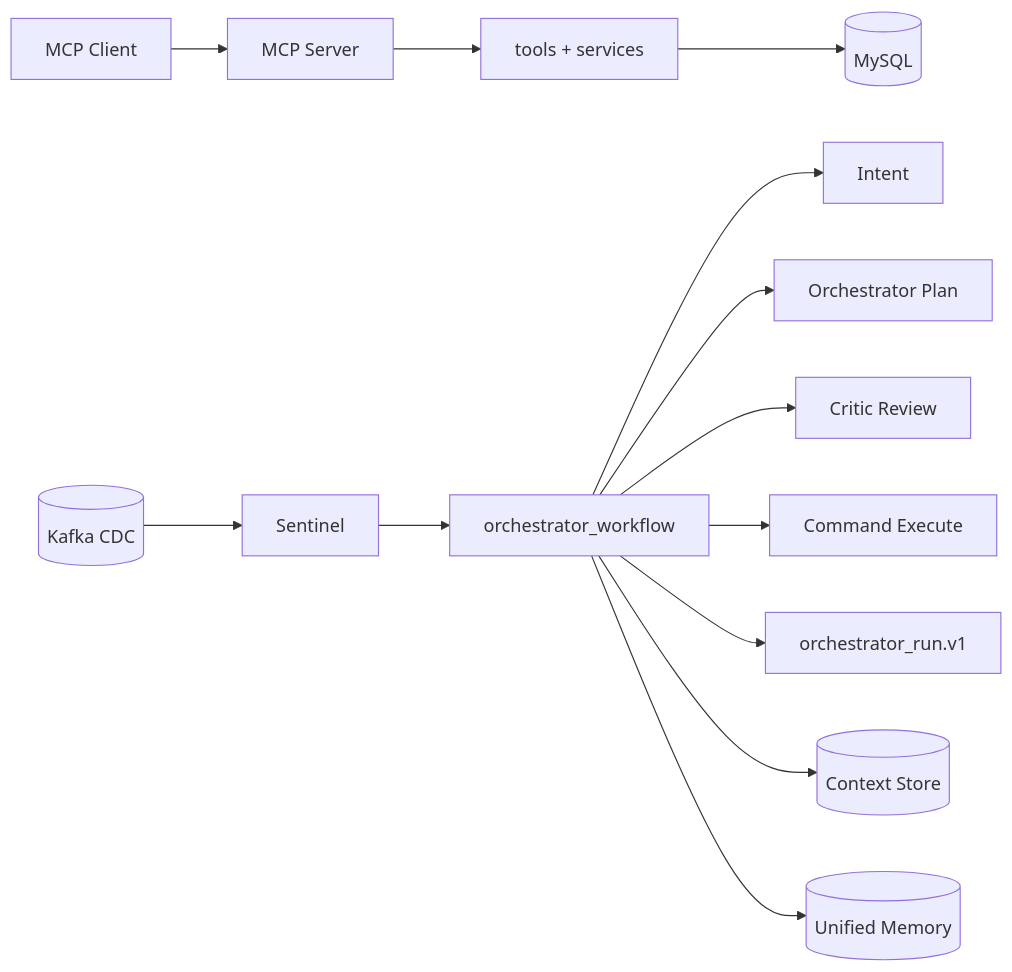
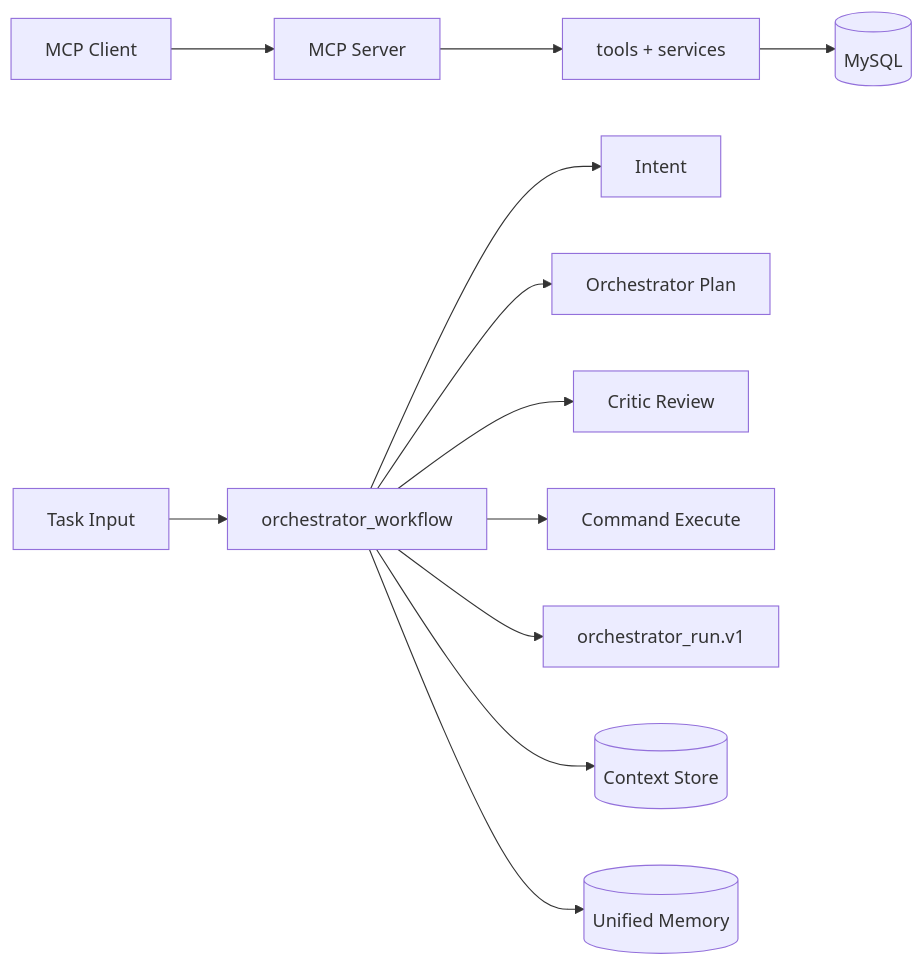
Before and after one commit to Zheng-Chuan/RiskMonitor-MultiAgent: the diagram in docs/ARCHITECTURE.md, drawn with Mermaid. The commit also changed other lines of this file and 7 other files, not shown here.

````diff
--- a/docs/ARCHITECTURE.md
+++ b/docs/ARCHITECTURE.md
@@ -12,16 +12,15 @@
 ```mermaid
 flowchart LR
   User[MCP Client] --> Server[MCP Server]
   Server --> Tools[tools + services]
   Tools --> DB[(MySQL)]
 
-  CDC[(Kafka CDC)] --> Sentinel[Sentinel]
-  Sentinel --> WF[orchestrator_workflow]
+  Task[Task Input] --> WF[orchestrator_workflow]
   WF --> Intent[Intent]
   WF --> Plan[Orchestrator Plan]
   WF --> Critic[Critic Review]
   WF --> Exec[Command Execute]
   WF --> Final[orchestrator_run.v1]
   WF --> Context[(Context Store)]
   WF --> Memory[(Unified Memory)]
 ```
````
